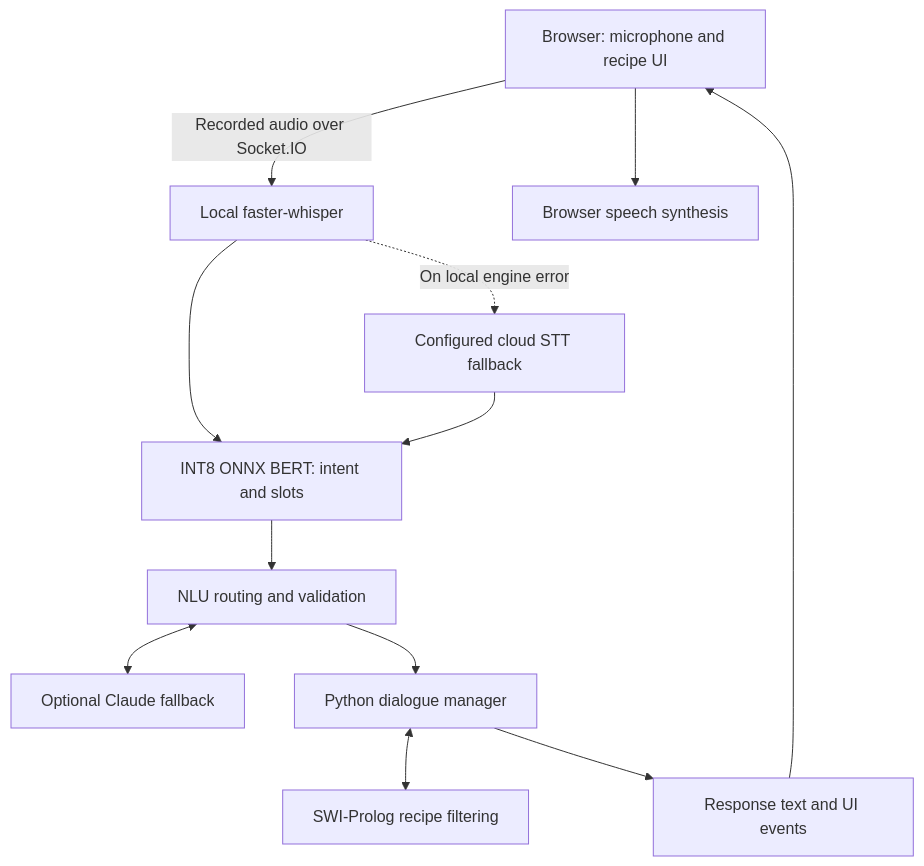
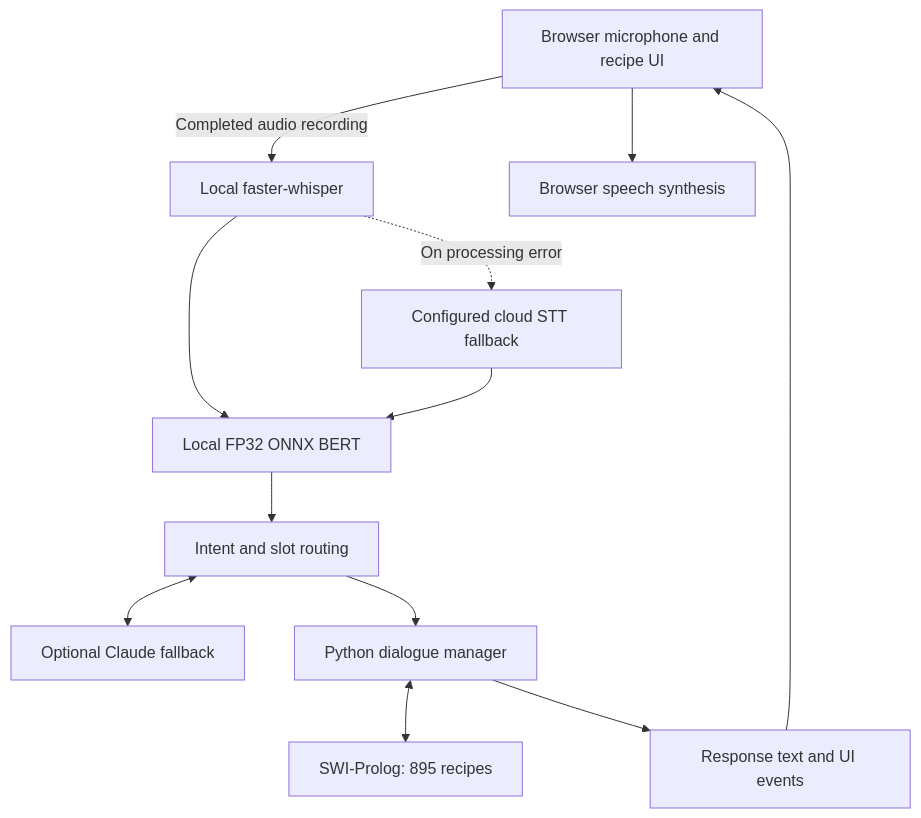
The diagram in README.md (ducchuu/conversational_agents), drawn with Mermaid before and after one commit. The commit also changed other lines of this file and 10 other files, not shown here.

````diff
--- a/README.md
+++ b/README.md
@@ -43,14 +43,14 @@
 ```mermaid
 flowchart TD
-    Browser[Browser: microphone and recipe UI] -->|Recorded audio over Socket.IO| STT[Local faster-whisper]
-    STT -.->|On local engine error| RemoteSTT[Configured cloud STT fallback]
-    STT --> NLU[INT8 ONNX BERT: intent and slots]
+    Browser[Browser microphone and recipe UI] -->|Completed audio recording| STT[Local faster-whisper]
+    STT -.->|On processing error| RemoteSTT[Configured cloud STT fallback]
+    STT --> NLU[Local FP32 ONNX BERT]
     RemoteSTT --> NLU
-    NLU --> Router[NLU routing and validation]
-    Router <--> LLM[Optional Claude fallback]
-    Router --> DM[Python dialogue manager]
-    DM <--> Prolog[SWI-Prolog recipe filtering]
-    DM --> Response[Response text and UI events]
-    Response --> Browser
-    Browser --> TTS[Browser speech synthesis]
+    NLU --> Routing[Intent and slot routing]
+    Routing <--> Claude[Optional Claude fallback]
+    Routing --> Dialogue[Python dialogue manager]
+    Dialogue <--> Prolog[SWI-Prolog: 895 recipes]
+    Dialogue --> Output[Response text and UI events]
+    Output --> Browser
+    Browser --> Speech[Browser speech synthesis]
 ```
````
